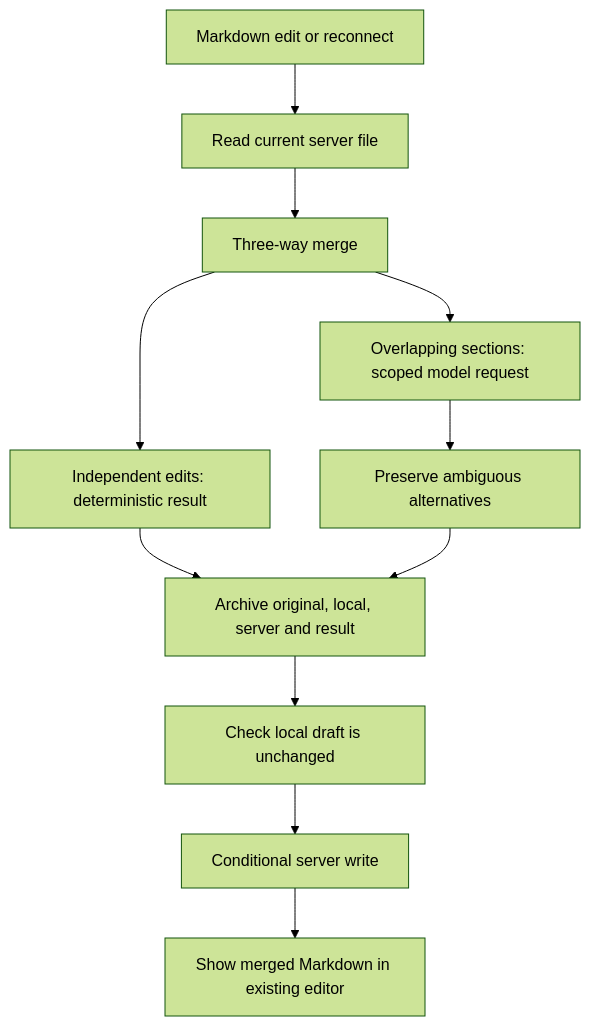
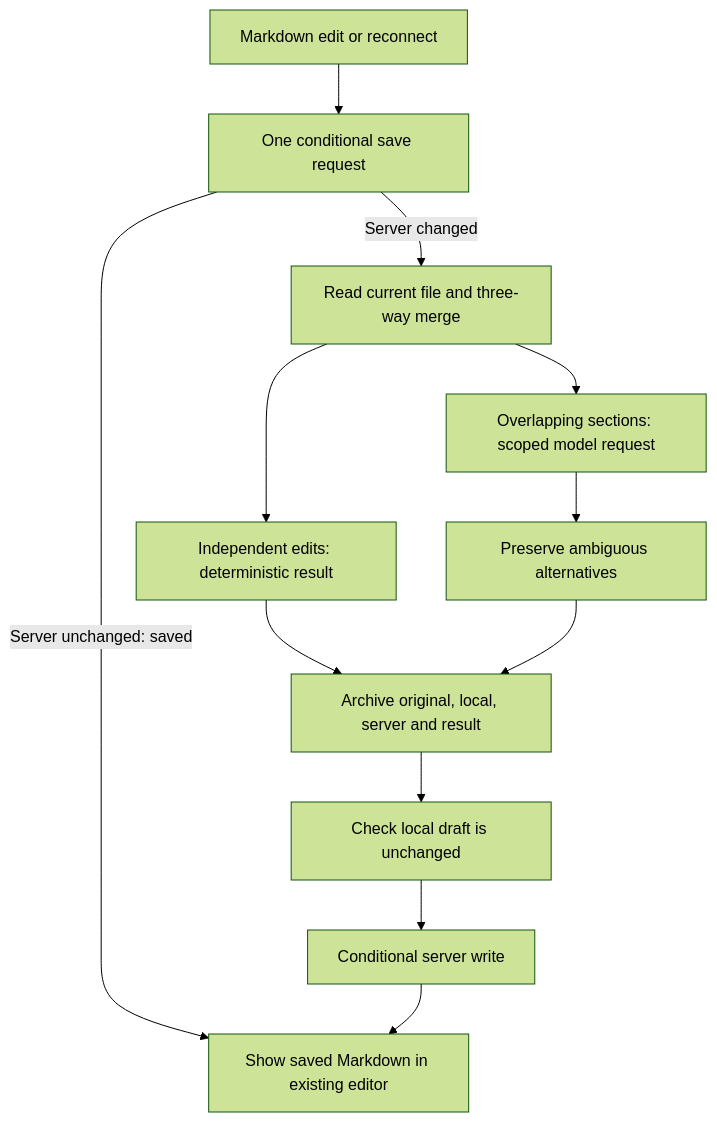
The diagram in specs/markdown-conflict-merge.md (cashew-labs/halo), drawn with Mermaid (forest theme) before and after one commit. The commit also changed other lines of this file and 3 other files, not shown here.

Commit message:
Keep normal Markdown saves to one conditional write request

````diff
--- a/specs/markdown-conflict-merge.md
+++ b/specs/markdown-conflict-merge.md
@@ -5,13 +5,14 @@
 ```mermaid
 flowchart TD
-  A[Markdown edit or reconnect] --> B[Read current server file]
-  B --> C[Three-way merge]
+  A[Markdown edit or reconnect] --> B[One conditional save request]
+  B -->|Server unchanged: saved| J[Show saved Markdown in existing editor]
+  B -->|Server changed| C[Read current file and three-way merge]
   C --> D[Independent edits: deterministic result]
   C --> E[Overlapping sections: scoped model request]
   E --> F[Preserve ambiguous alternatives]
   D --> G[Archive original, local, server and result]
   F --> G
   G --> H[Check local draft is unchanged]
   H --> I[Conditional server write]
-  I --> J[Show merged Markdown in existing editor]
+  I --> J
 ```
````
